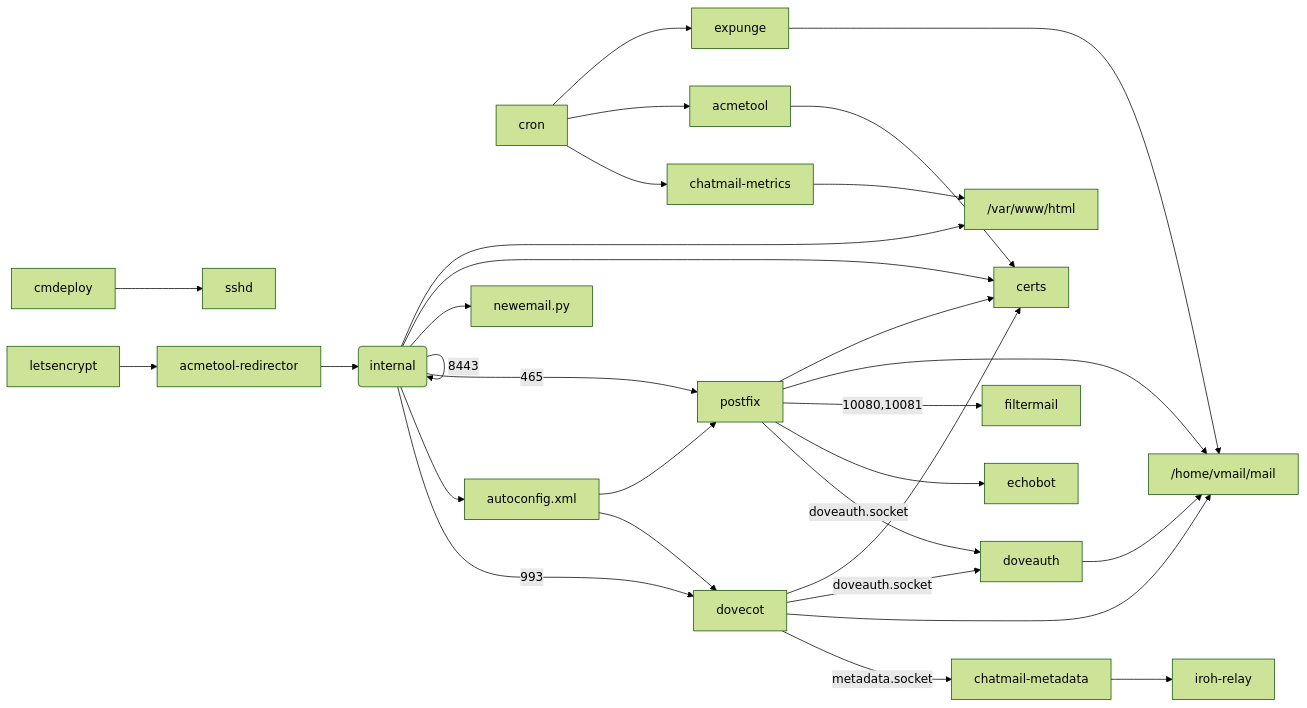
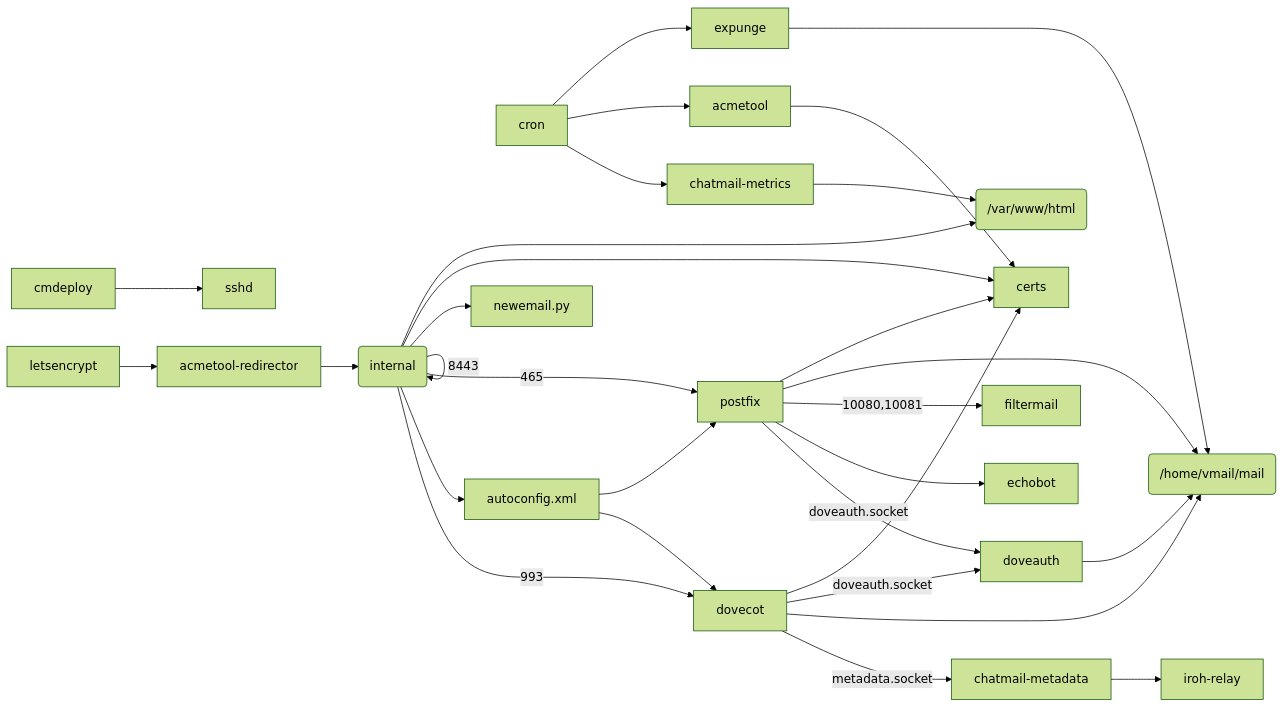
The diagram in ARCHITECTURE.md (cliffmccarthy/chatmail-relay), drawn with Mermaid (forest theme) before and after one commit.

Commit message:
Describe paths

````diff
--- a/ARCHITECTURE.md
+++ b/ARCHITECTURE.md
@@ -4,32 +4,32 @@
 ```mermaid
 graph LR;
     cmdeploy --> sshd;
     cron --> expunge;
     cron --> acmetool;
     cron --> chatmail-metrics;
-    chatmail-metrics --> /var/www/html;
+    chatmail-metrics --> Website(/var/www/html);
     acmetool --> certs;
     letsencrypt --> acmetool-redirector;
     acmetool-redirector --> nginx;
     nginx --> |8443|nginx(internal);
-    nginx(internal) --> /var/www/html;
+    nginx(internal) --> Website(/var/www/html);
     nginx --> certs;
     nginx(internal) --> newemail.py;
     nginx --> |465|postfix;
     nginx(internal) --> autoconfig.xml;
     nginx --> |993|dovecot;
     autoconfig.xml --> postfix;
     autoconfig.xml --> dovecot;
     postfix --> certs;
-    postfix --> /home/vmail/mail;
+    postfix --> Users(/home/vmail/mail);
     postfix --> |10080,10081|filtermail;
     postfix --> echobot;
     postfix --> |doveauth.socket|doveauth;
     dovecot --> certs;
     dovecot --> |doveauth.socket|doveauth;
-    dovecot --> /home/vmail/mail;
+    dovecot --> Users(/home/vmail/mail);
     dovecot --> |metadata.socket|chatmail-metadata;
-    doveauth --> /home/vmail/mail;
-    expunge --> /home/vmail/mail;
+    doveauth --> Users(/home/vmail/mail);
+    expunge --> Users(/home/vmail/mail);
     chatmail-metadata --> iroh-relay;
 ```
````
